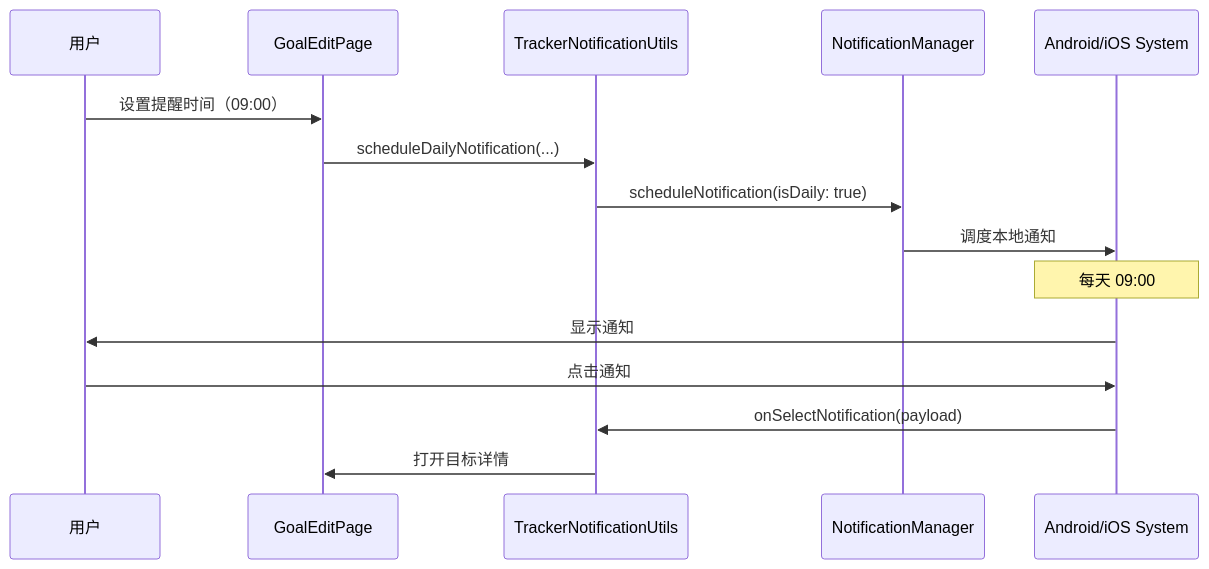
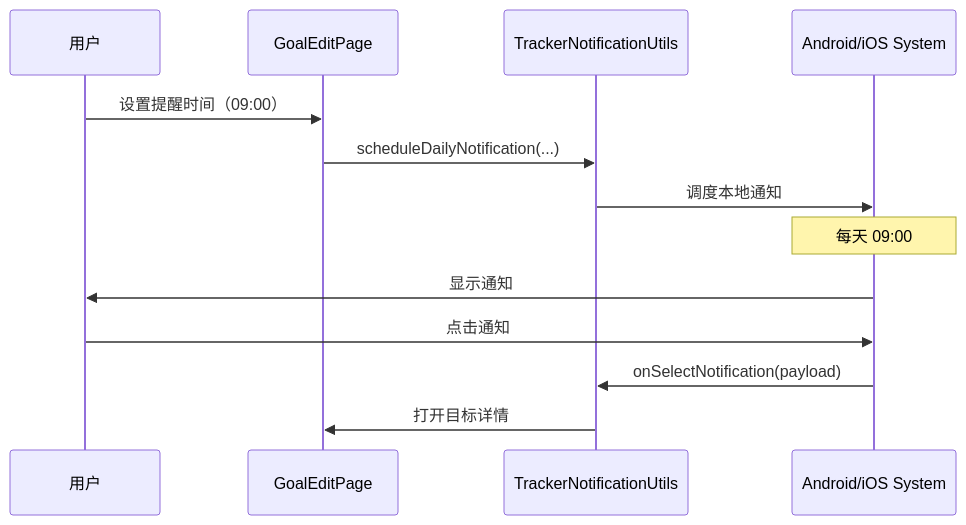
Before and after one commit to hunmer/Memento: the third of 3 diagrams in lib/plugins/tracker/CLAUDE.md, drawn with Mermaid. The commit also changed other lines of this file and 20 other files, not shown here.

````diff
--- a/lib/plugins/tracker/CLAUDE.md
+++ b/lib/plugins/tracker/CLAUDE.md
@@ -826,19 +1008,17 @@
 ```mermaid
 sequenceDiagram
     participant User as 用户
     participant Edit as GoalEditPage
     participant Utils as TrackerNotificationUtils
-    participant Manager as NotificationManager
     participant System as Android/iOS System
 
     User->>Edit: 设置提醒时间（09:00）
     Edit->>Utils: scheduleDailyNotification(...)
-    Utils->>Manager: scheduleNotification(isDaily: true)
-    Manager->>System: 调度本地通知
+    Utils->>System: 调度本地通知
 
     Note over System: 每天 09:00
     System->>User: 显示通知
     User->>System: 点击通知
     System->>Utils: onSelectNotification(payload)
     Utils->>Edit: 打开目标详情
 ```
````
